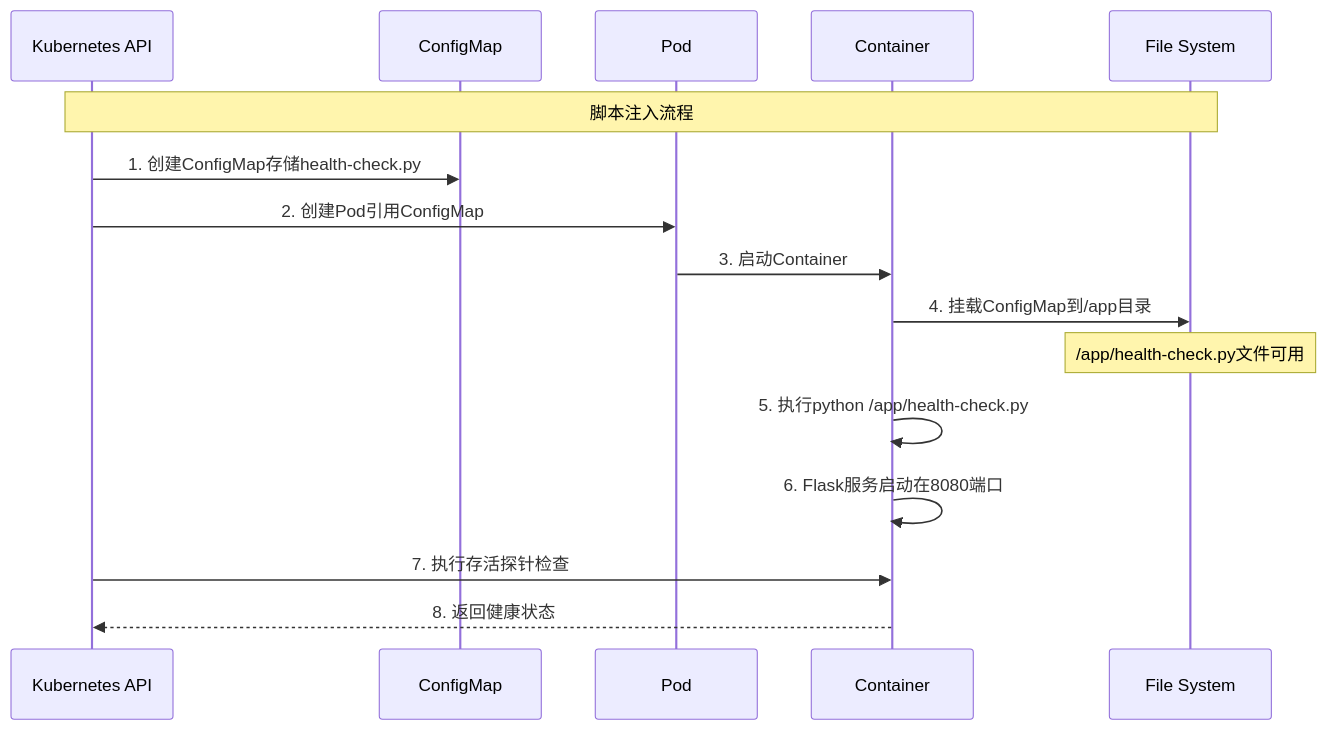
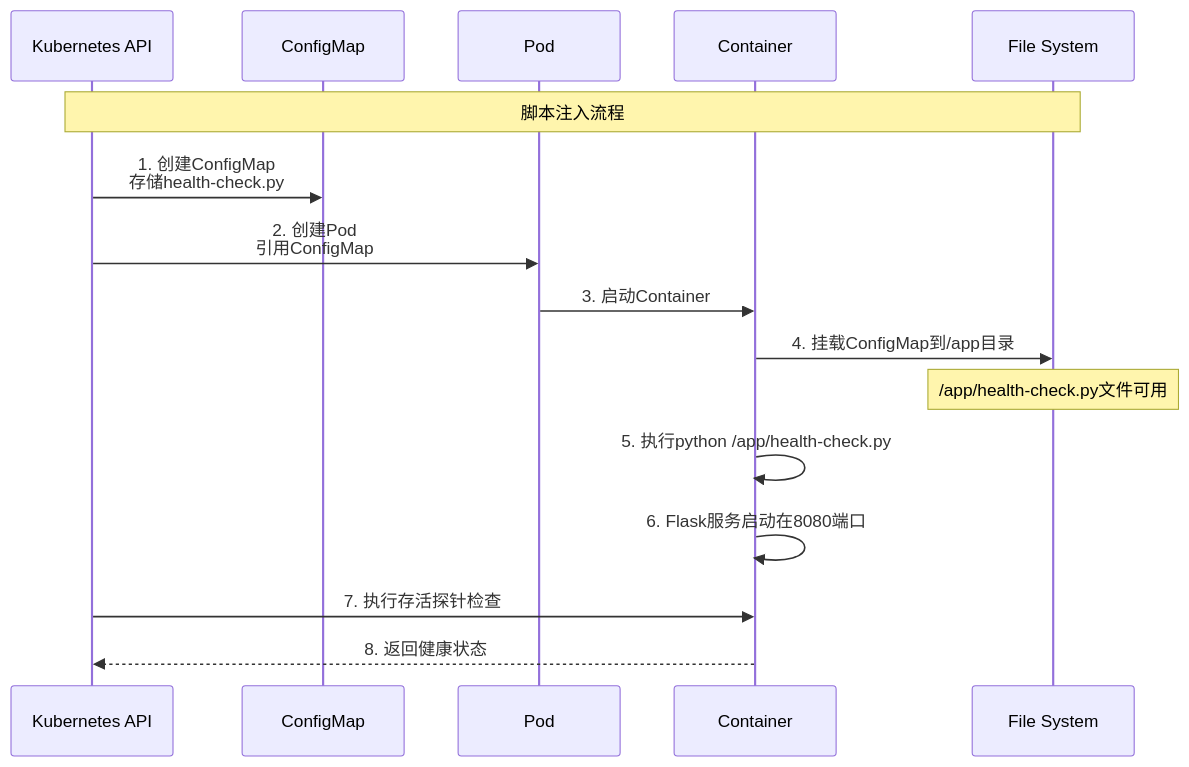
Before and after one commit to aibangjuxin/knowledge: the second of 3 diagrams in k8s/custom-liveness/README.md, drawn with Mermaid. The commit also changed other lines of this file, not shown here.

````diff
--- a/k8s/custom-liveness/README.md
+++ b/k8s/custom-liveness/README.md
@@ -70,20 +73,20 @@
 ```mermaid
 sequenceDiagram
     participant K as Kubernetes API
     participant CM as ConfigMap
     participant P as Pod
     participant C as Container
     participant FS as File System
 
     Note over K,FS: 脚本注入流程
 
-    K->>CM: 1. 创建ConfigMap存储health-check.py
-    K->>P: 2. 创建Pod引用ConfigMap
+    K->>CM: 1. 创建ConfigMap<br/>存储health-check.py
+    K->>P: 2. 创建Pod<br/>引用ConfigMap
     P->>C: 3. 启动Container
     C->>FS: 4. 挂载ConfigMap到/app目录
     Note over FS: /app/health-check.py文件可用
     C->>C: 5. 执行python /app/health-check.py
     C->>C: 6. Flask服务启动在8080端口
     K->>C: 7. 执行存活探针检查
     C-->>K: 8. 返回健康状态
 ```
````
